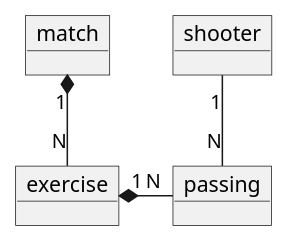
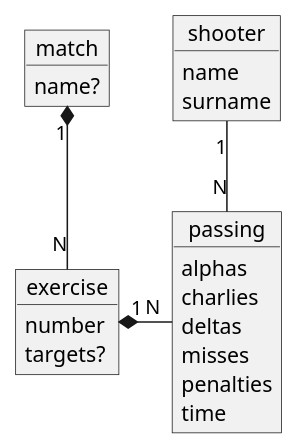
The diagram in spec/domain_model.puml (akryvtsun/jmss), drawn with PlantUML before and after one commit.

Commit message:
#4 add model objects fields

```diff
--- a/spec/domain_model.puml
+++ b/spec/domain_model.puml
@@ -1,12 +1,27 @@
 @startuml
 
-object match
-object shooter
-object exercise
-object passing
+object match {
+    name?
+}
+object exercise {
+    number
+    targets?
+}
+object passing {
+    alphas
+    charlies
+    deltas
+    misses
+    penalties
+    time
+}
+object shooter {
+    name
+    surname
+}
 
 match "1" *-- "N" exercise
 exercise "1" *-right- "N" passing
 shooter "1" -down- "N" passing
 
 @enduml
```
